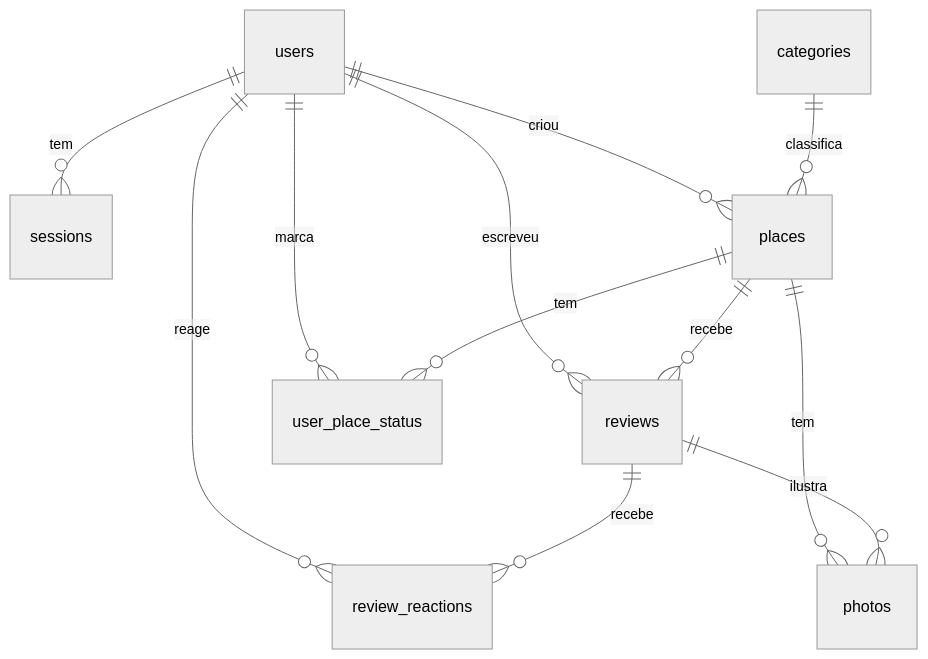
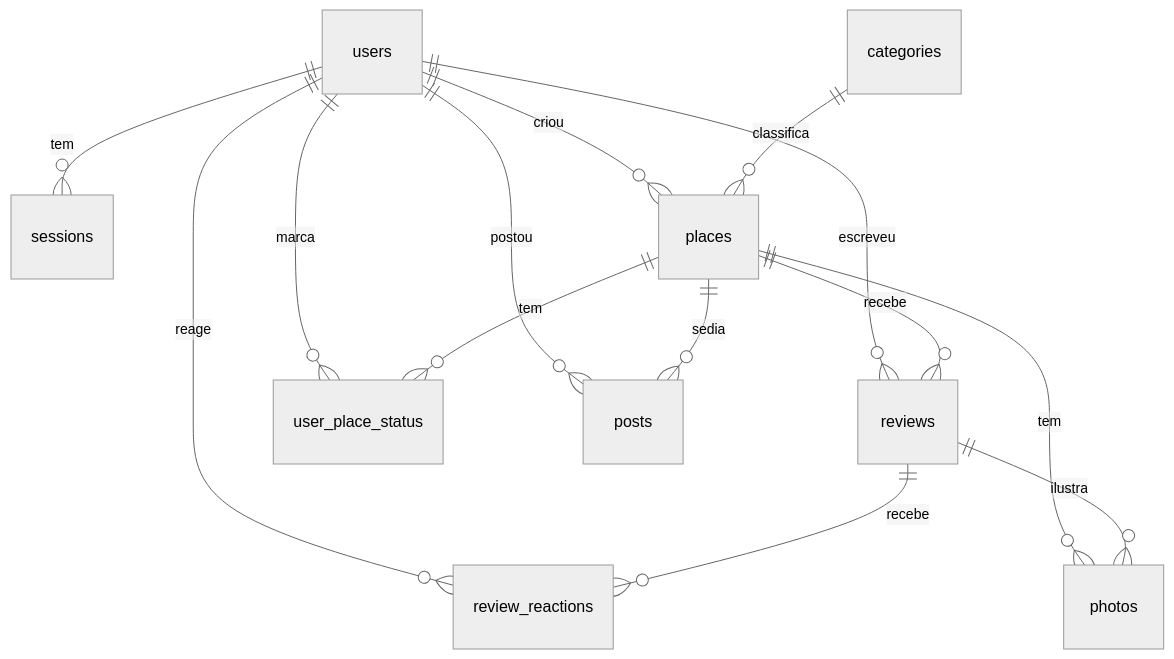
The diagram in docs/03-modelo-de-dados.md (isaqueks/eonarga), drawn with Mermaid (neutral theme) before and after one commit. The commit also changed other lines of this file and 31 other files, not shown here.

````diff
--- a/docs/03-modelo-de-dados.md
+++ b/docs/03-modelo-de-dados.md
@@ -7,14 +7,16 @@
 ```mermaid
 erDiagram
   users ||--o{ sessions : tem
   users ||--o{ places : criou
   users ||--o{ reviews : escreveu
   users ||--o{ user_place_status : marca
   users ||--o{ review_reactions : reage
   categories ||--o{ places : classifica
   places ||--o{ reviews : recebe
   places ||--o{ user_place_status : tem
   places ||--o{ photos : tem
   reviews ||--o{ review_reactions : recebe
   reviews ||--o{ photos : ilustra
+  users ||--o{ posts : postou
+  places ||--o{ posts : sedia
 ```
````
